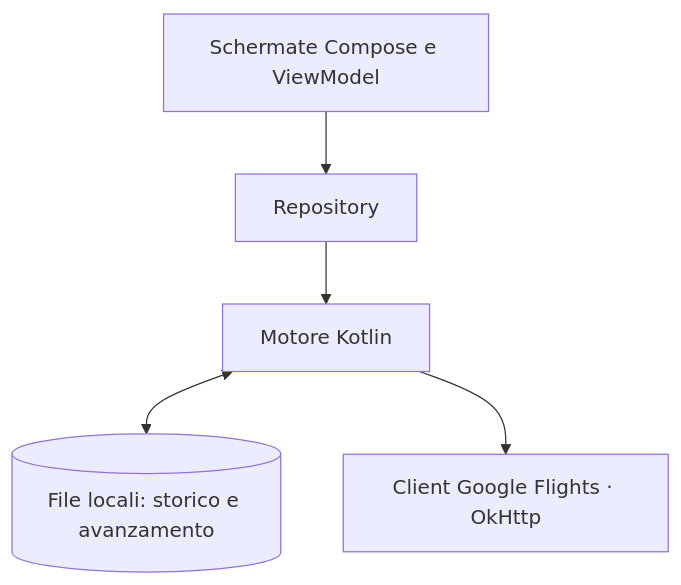
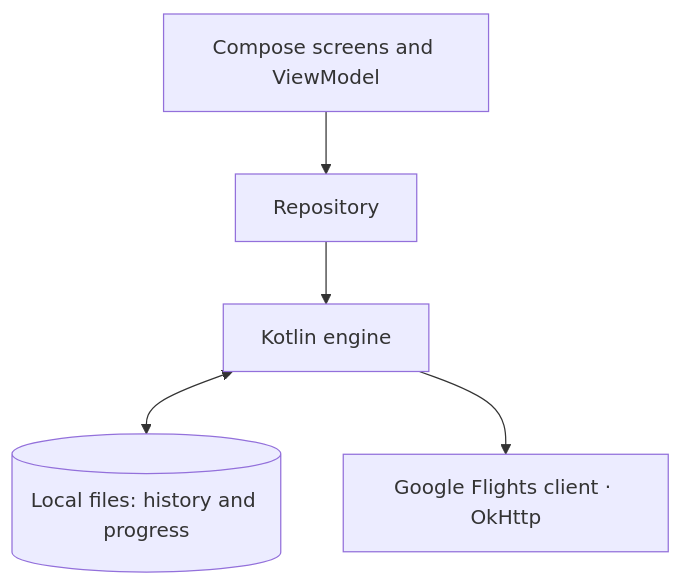
Before and after one commit to gzanee/Flight-Finder-Mobile: the diagram in README.md, drawn with Mermaid. The commit also changed other lines of this file, not shown here.

````diff
--- a/README.md
+++ b/README.md
@@ -116,7 +118,7 @@
 ```mermaid
 flowchart TD
-    UI["Schermate Compose e ViewModel"] --> Repo["Repository"]
-    Repo --> Engine["Motore Kotlin"]
-    Engine <--> Store[("File locali: storico e avanzamento")]
-    Engine --> Network["Client Google Flights · OkHttp"]
+    UI["Compose screens and ViewModel"] --> Repo["Repository"]
+    Repo --> Engine["Kotlin engine"]
+    Engine <--> Store[("Local files: history and progress")]
+    Engine --> Network["Google Flights client · OkHttp"]
 ```
````
